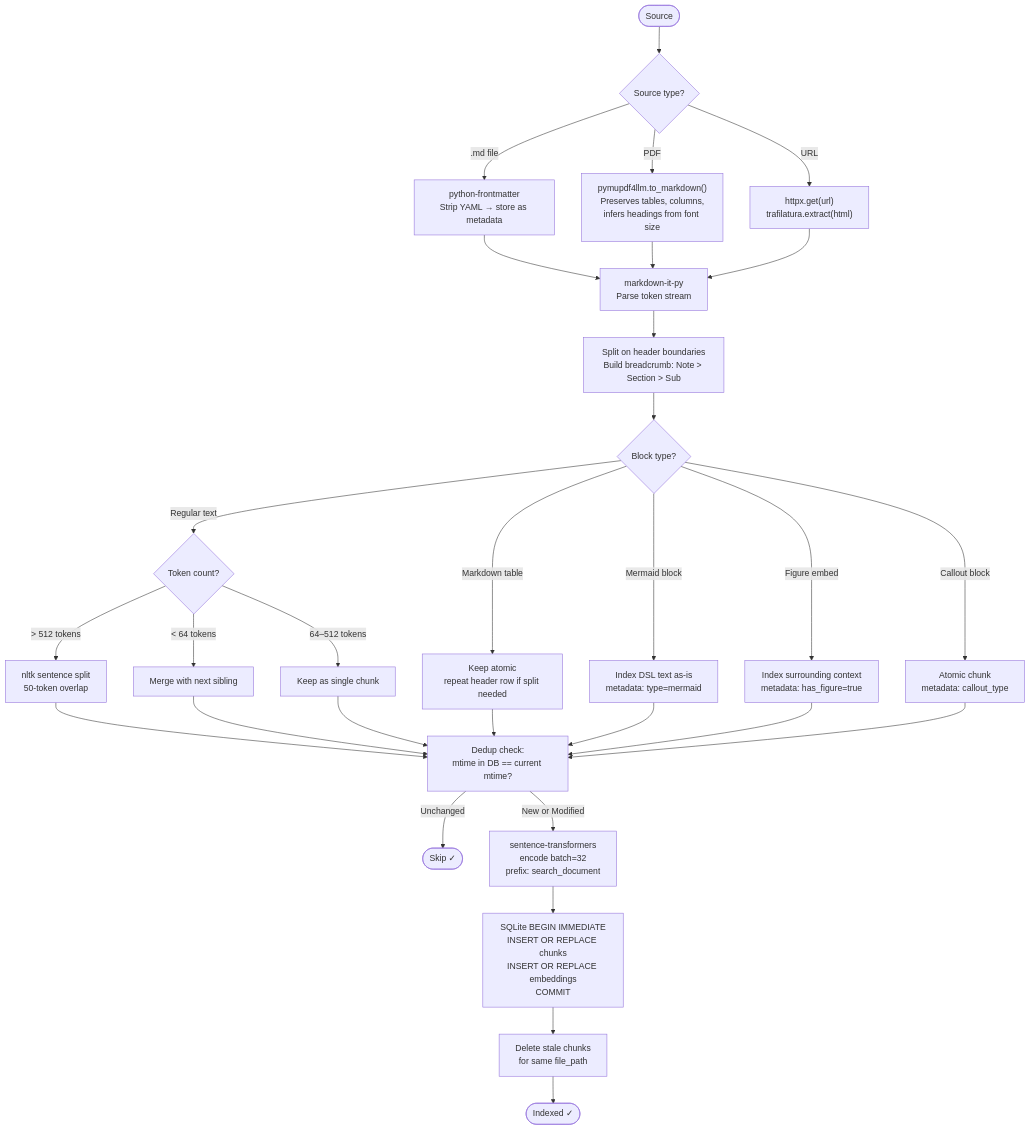
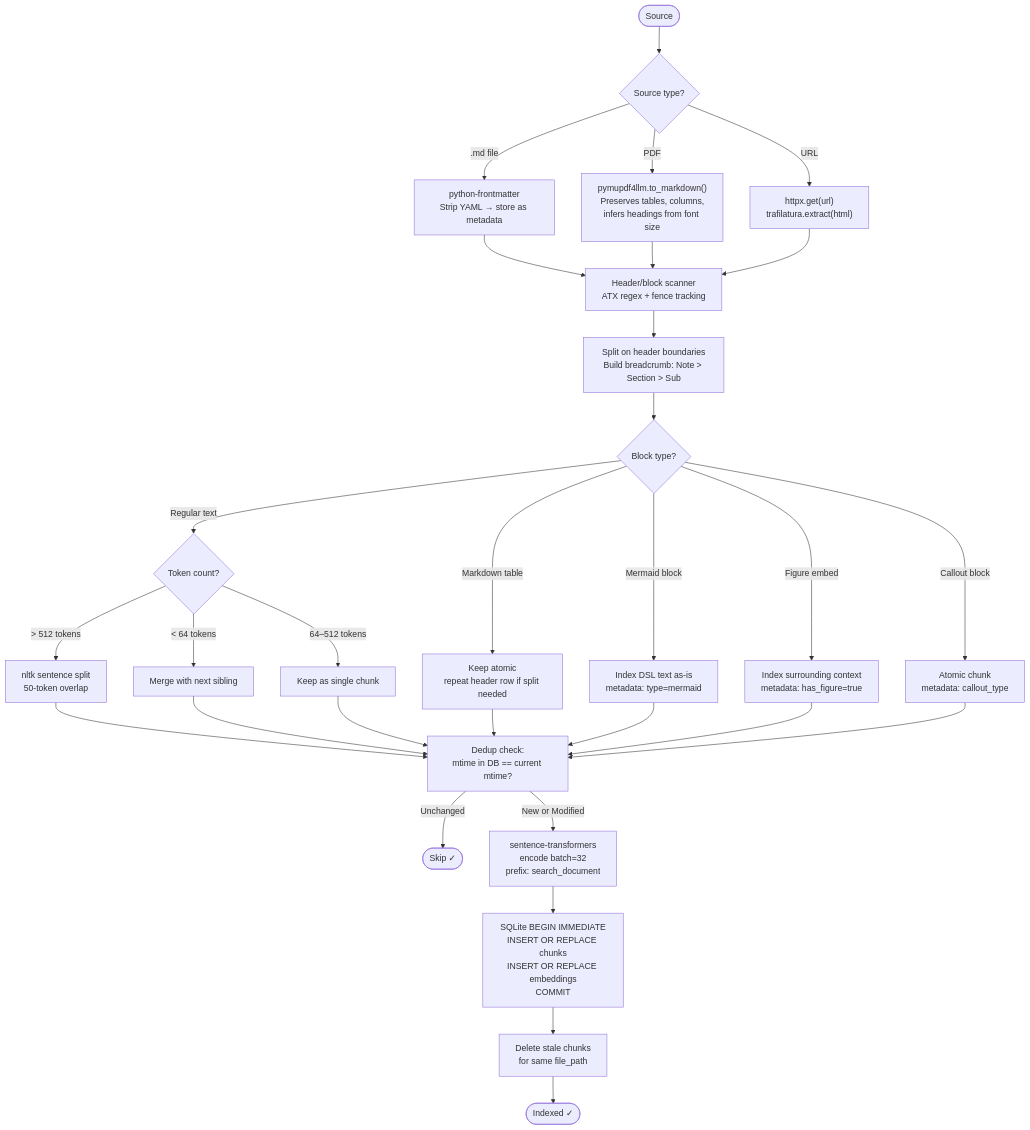
Before and after one commit to unnitin/obsidian-mcp: the fifth of 6 diagrams in docs/userflows.md, drawn with Mermaid. The commit also changed 9 other files, not shown here.

````diff
--- a/docs/userflows.md
+++ b/docs/userflows.md
@@ -187,41 +187,41 @@
 ```mermaid
 flowchart TD
     A([Source]) --> B{Source type?}
 
     B -->|".md file"| C["python-frontmatter<br/>Strip YAML → store as metadata"]
     B -->|"PDF"| D["pymupdf4llm.to_markdown()<br/>Preserves tables, columns,<br/>infers headings from font size"]
     B -->|"URL"| E["httpx.get(url)<br/>trafilatura.extract(html)"]
 
-    C --> F["markdown-it-py<br/>Parse token stream"]
+    C --> F["Header/block scanner<br/>ATX regex + fence tracking"]
     D --> F
     E --> F
 
     F --> G["Split on header boundaries<br/>Build breadcrumb: Note > Section > Sub"]
 
     G --> H{Block type?}
 
     H -->|"Regular text"| I{Token count?}
     H -->|"Markdown table"| J["Keep atomic<br/>repeat header row if split needed"]
     H -->|"Mermaid block"| K["Index DSL text as-is<br/>metadata: type=mermaid"]
     H -->|"Figure embed"| L["Index surrounding context<br/>metadata: has_figure=true"]
     H -->|"Callout block"| M["Atomic chunk<br/>metadata: callout_type"]
 
     I -->|"> 512 tokens"| N["nltk sentence split<br/>50-token overlap"]
     I -->|"< 64 tokens"| O["Merge with next sibling"]
     I -->|"64–512 tokens"| P["Keep as single chunk"]
 
     N --> Q["Dedup check:<br/>mtime in DB == current mtime?"]
     O --> Q
     P --> Q
     J --> Q
     K --> Q
     L --> Q
     M --> Q
 
     Q -->|"Unchanged"| R(["Skip ✓"])
     Q -->|"New or Modified"| S["sentence-transformers<br/>encode batch=32<br/>prefix: search_document"]
 
     S --> T["SQLite BEGIN IMMEDIATE<br/>INSERT OR REPLACE chunks<br/>INSERT OR REPLACE embeddings<br/>COMMIT"]
     T --> U["Delete stale chunks<br/>for same file_path"]
     U --> V(["Indexed ✓"])
 ```
````
